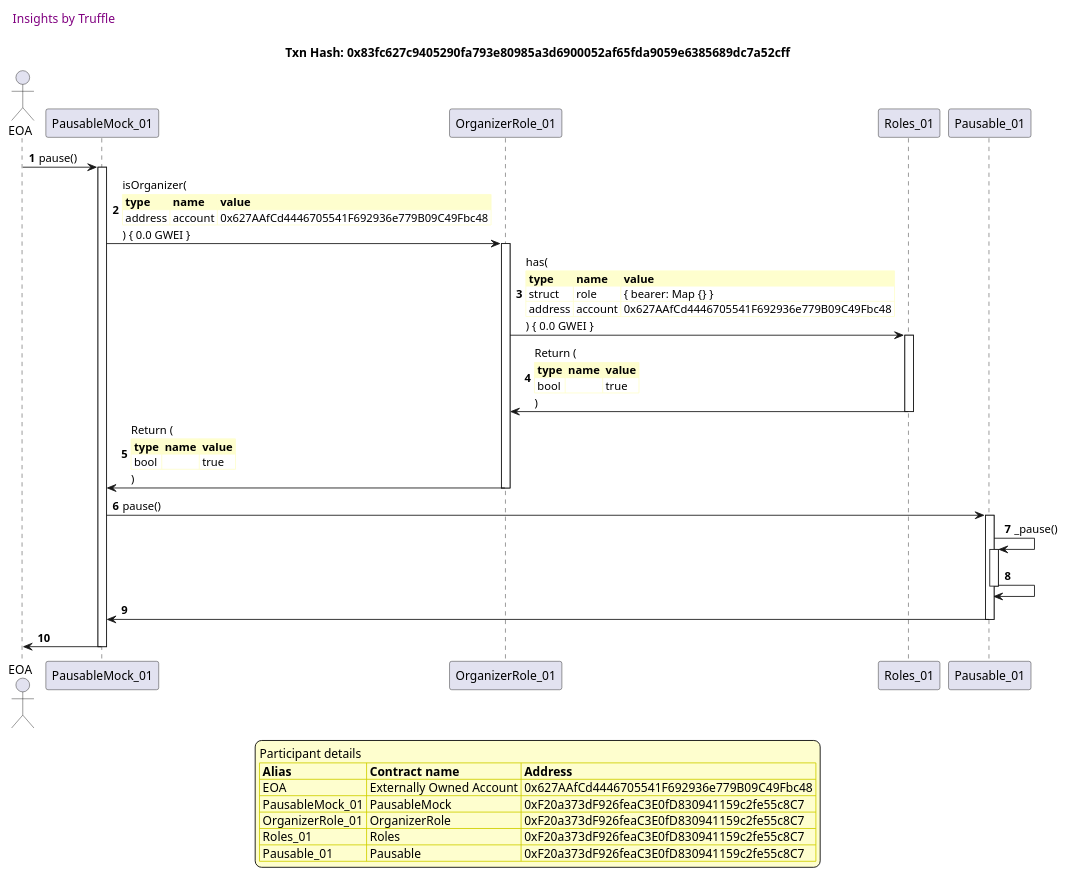
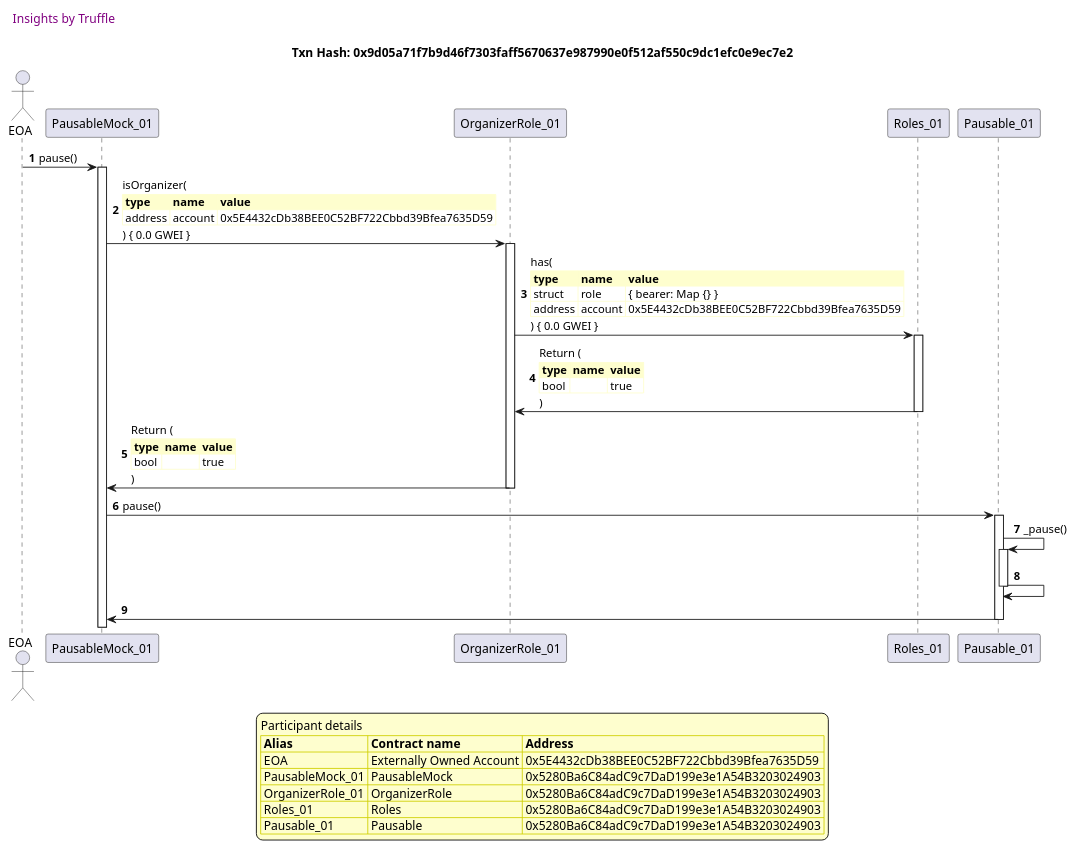
One commit to fodisi/hackapay changed the fourth of 12 diagrams in truffle-seq/lifecycle_pausable.md. Above: the diagram before and after it, drawn with PlantUML. The commit also changed other lines of this file and 10 other files, not shown here.

````diff
--- a/truffle-seq/lifecycle_pausable.md
+++ b/truffle-seq/lifecycle_pausable.md
@@ -198,64 +198,63 @@
 ```plantuml
 
 
 @startuml
 
 autonumber
 skinparam legendBackgroundColor #FEFECE
 
 <style>
       header {
         HorizontalAlignment left
         FontColor purple
         FontSize 14
         Padding 10
       }
     </style>
 
 header Insights by Truffle
 
-title Txn Hash: 0x83fc627c9405290fa793e80985a3d6900052af65fda9059e6385689dc7a52cff
+title Txn Hash: 0x9d05a71f7b9d46f7303faff5670637e987990e0f512af550c9dc1efc0e9ec7e2
 
 
 actor EOA as "EOA"
 participant PausableMock_01 as "PausableMock_01"
 participant OrganizerRole_01 as "OrganizerRole_01"
 participant Roles_01 as "Roles_01"
 participant Pausable_01 as "Pausable_01"
 
 "EOA" -> "PausableMock_01" ++: pause()
 "PausableMock_01" -> "OrganizerRole_01" ++: isOrganizer(\n\
 <#FEFECE,#FEFECE>|= type |= name |= value |\n\
-| address | account | 0x627AAfCd4446705541F692936e779B09C49Fbc48 |\n\
+| address | account | 0x5E4432cDb38BEE0C52BF722Cbbd39Bfea7635D59 |\n\
 ) { 0.0 GWEI }
 "OrganizerRole_01" -> "Roles_01" ++: has(\n\
 <#FEFECE,#FEFECE>|= type |= name |= value |\n\
 | struct | role | { bearer: Map {} } |\n\
-| address | account | 0x627AAfCd4446705541F692936e779B09C49Fbc48 |\n\
+| address | account | 0x5E4432cDb38BEE0C52BF722Cbbd39Bfea7635D59 |\n\
 ) { 0.0 GWEI }
 "Roles_01" -> "OrganizerRole_01" --: Return (\n\
 <#FEFECE,#FEFECE>|= type |= name |= value |\n\
 | bool |  | true |\n\
 )
 "OrganizerRole_01" -> "PausableMock_01" --: Return (\n\
 <#FEFECE,#FEFECE>|= type |= name |= value |\n\
 | bool |  | true |\n\
 )
 "PausableMock_01" -> "Pausable_01" ++: pause()
 "Pausable_01" -> "Pausable_01" ++: _pause()
 "Pausable_01" -> "Pausable_01" --: 
 "Pausable_01" -> "PausableMock_01" --: 
-"PausableMock_01" -> "EOA" --: 
 
 legend
 Participant details
 <#FEFECE,#D0D000>|= Alias |= Contract name |= Address |
-<#FEFECE>| EOA | Externally Owned Account | 0x627AAfCd4446705541F692936e779B09C49Fbc48 |
-<#FEFECE>| PausableMock_01 | PausableMock | 0xF20a373dF926feaC3E0fD830941159c2fe55c8C7 |
-<#FEFECE>| OrganizerRole_01 | OrganizerRole | 0xF20a373dF926feaC3E0fD830941159c2fe55c8C7 |
-<#FEFECE>| Roles_01 | Roles | 0xF20a373dF926feaC3E0fD830941159c2fe55c8C7 |
-<#FEFECE>| Pausable_01 | Pausable | 0xF20a373dF926feaC3E0fD830941159c2fe55c8C7 |
+<#FEFECE>| EOA | Externally Owned Account | 0x5E4432cDb38BEE0C52BF722Cbbd39Bfea7635D59 |
+<#FEFECE>| PausableMock_01 | PausableMock | 0x5280Ba6C84adC9c7DaD199e3e1A54B3203024903 |
+<#FEFECE>| OrganizerRole_01 | OrganizerRole | 0x5280Ba6C84adC9c7DaD199e3e1A54B3203024903 |
+<#FEFECE>| Roles_01 | Roles | 0x5280Ba6C84adC9c7DaD199e3e1A54B3203024903 |
+<#FEFECE>| Pausable_01 | Pausable | 0x5280Ba6C84adC9c7DaD199e3e1A54B3203024903 |
 endlegend
 
 @enduml
 ```
````
